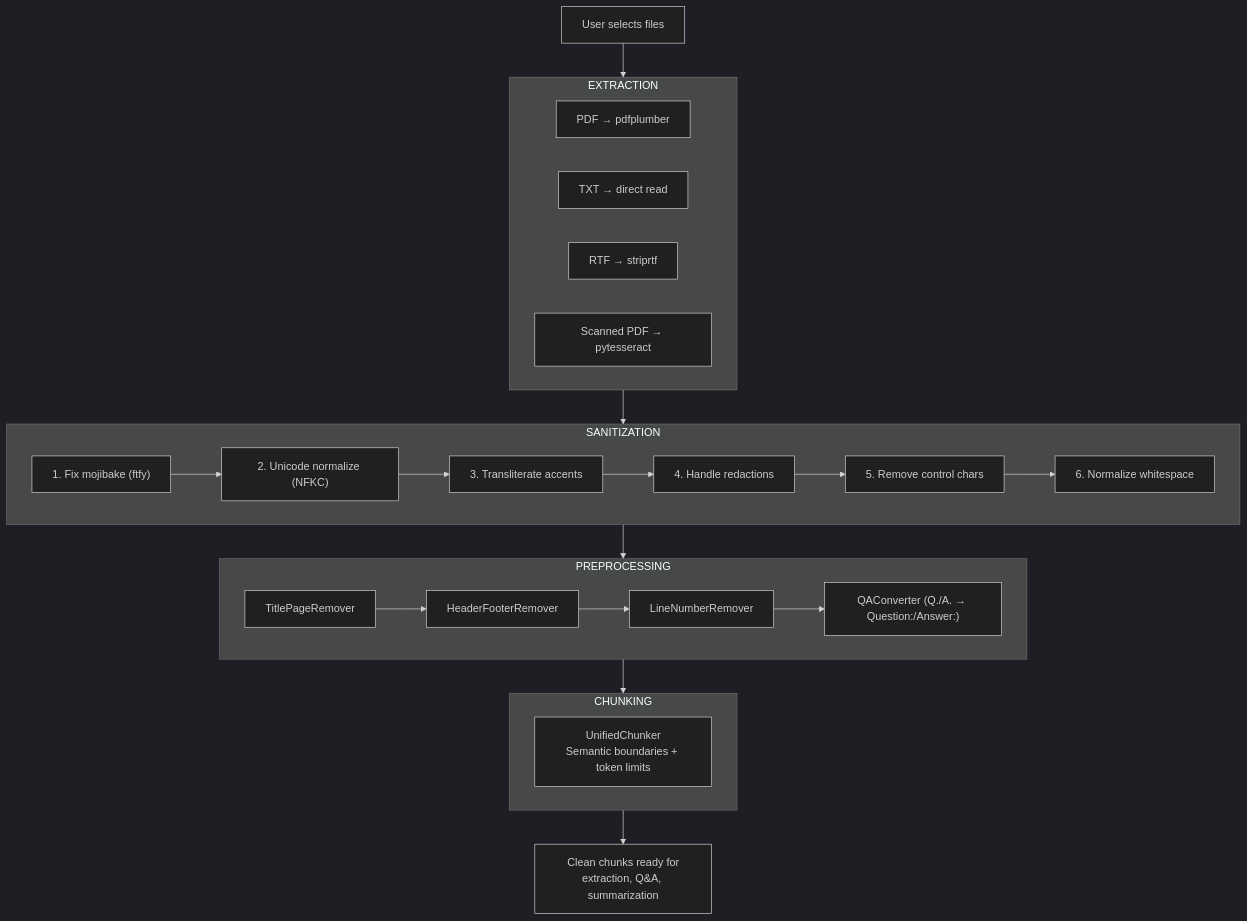
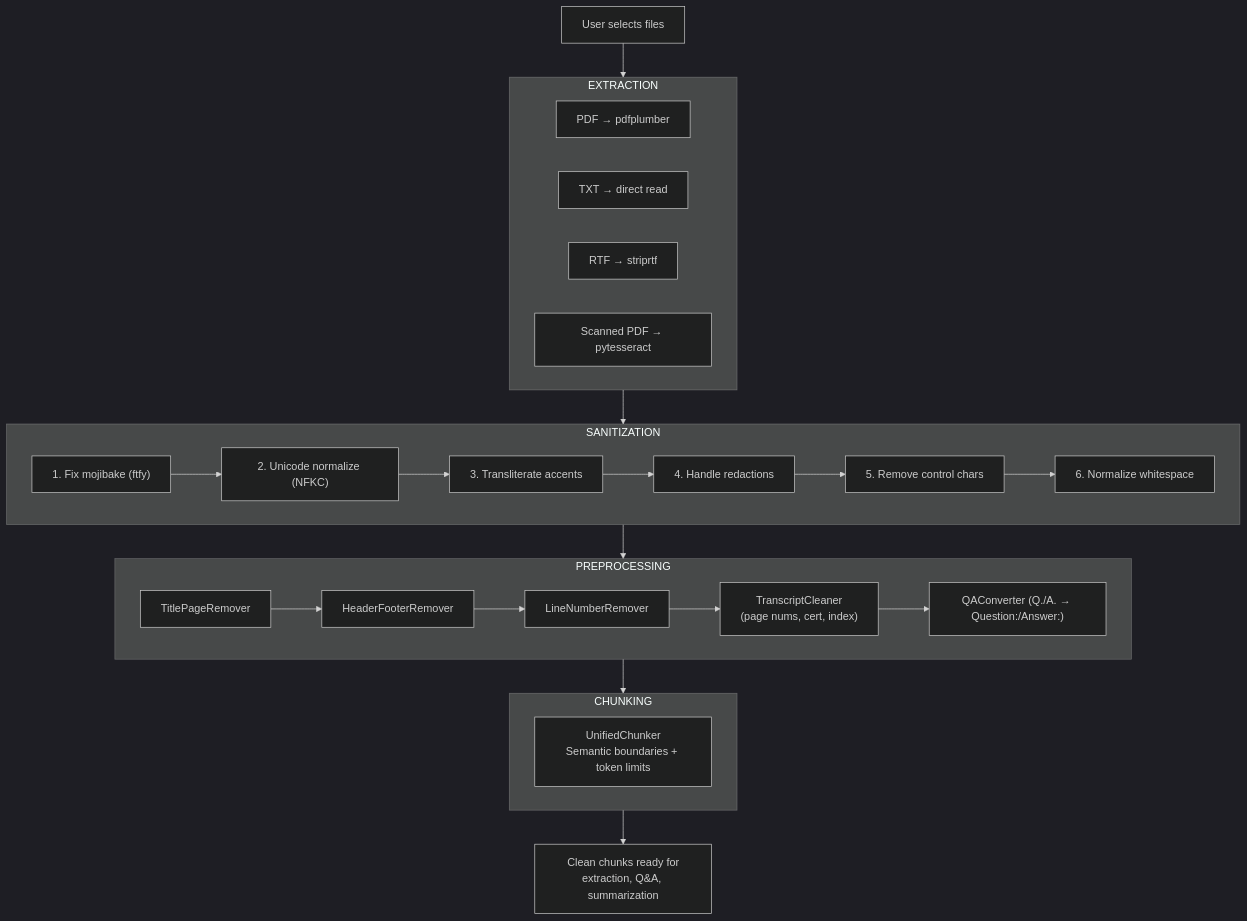
One commit to caseprepd-app/CaseSummarizer changed the third of 8 diagrams in ARCHITECTURE.md. Above: the diagram before and after it, drawn with Mermaid (dark theme). The commit also changed other lines of this file and 8 other files, not shown here.

First line of the commit message:
feat: Add TranscriptCleaner preprocessor for court transcripts

````diff
--- a/ARCHITECTURE.md
+++ b/ARCHITECTURE.md
@@ -285,41 +287,42 @@
 ```mermaid
 flowchart TB
     Input["User selects files"]
 
     subgraph Stage1["EXTRACTION"]
         PDF["PDF → pdfplumber"]
         TXT["TXT → direct read"]
         RTF["RTF → striprtf"]
         OCR["Scanned PDF → pytesseract"]
     end
 
     subgraph Stage2["SANITIZATION"]
         S1["1. Fix mojibake (ftfy)"]
         S2["2. Unicode normalize (NFKC)"]
         S3["3. Transliterate accents"]
         S4["4. Handle redactions"]
         S5["5. Remove control chars"]
         S6["6. Normalize whitespace"]
     end
 
     subgraph Stage3["PREPROCESSING"]
         P1["TitlePageRemover"]
         P2["HeaderFooterRemover"]
         P3["LineNumberRemover"]
-        P4["QAConverter (Q./A. → Question:/Answer:)"]
+        P4["TranscriptCleaner<br/>(page nums, cert, index)"]
+        P5["QAConverter (Q./A. → Question:/Answer:)"]
     end
 
     subgraph Stage4["CHUNKING"]
         Chunker["UnifiedChunker<br/>Semantic boundaries + token limits"]
     end
 
     Output["Clean chunks ready for<br/>extraction, Q&A, summarization"]
 
     Input --> Stage1
     Stage1 --> Stage2
     S1 --> S2 --> S3 --> S4 --> S5 --> S6
     Stage2 --> Stage3
-    P1 --> P2 --> P3 --> P4
+    P1 --> P2 --> P3 --> P4 --> P5
     Stage3 --> Stage4
     Stage4 --> Output
 ```
````
